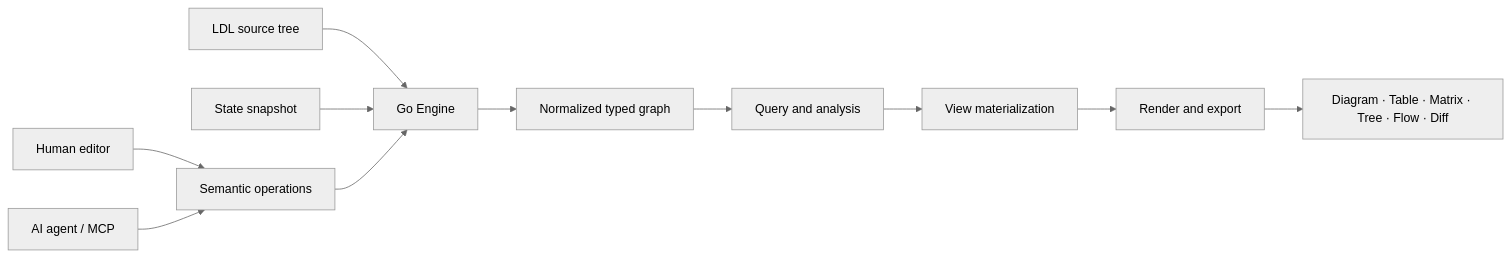
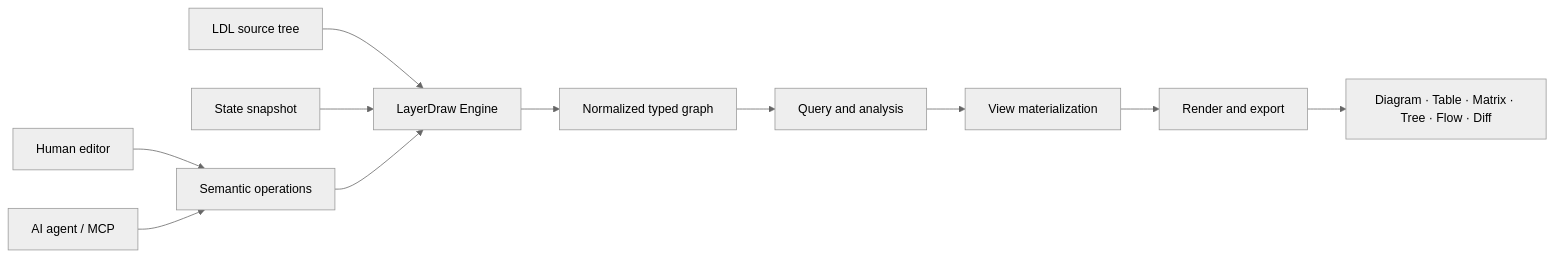
Before and after one commit to dencyuinc/layerdraw: the diagram in README.md, drawn with Mermaid (neutral theme). The commit also changed other lines of this file and 27 other files, not shown here.

First line of the commit message:
docs: unify 3D and LayerDraw Engine terminology (#189)

````diff
--- a/README.md
+++ b/README.md
@@ -44,13 +44,13 @@
 ```mermaid
 flowchart LR
     H[Human editor] --> O[Semantic operations]
     A[AI agent / MCP] --> O
     S[LDL source tree] --> E
     T[State snapshot] --> E
-    O --> E[Go Engine]
+    O --> E[LayerDraw Engine]
     E --> G[Normalized typed graph]
     G --> Q[Query and analysis]
     Q --> V[View materialization]
     V --> R[Render and export]
     R --> X[Diagram · Table · Matrix · Tree · Flow · Diff]
 ```
````
